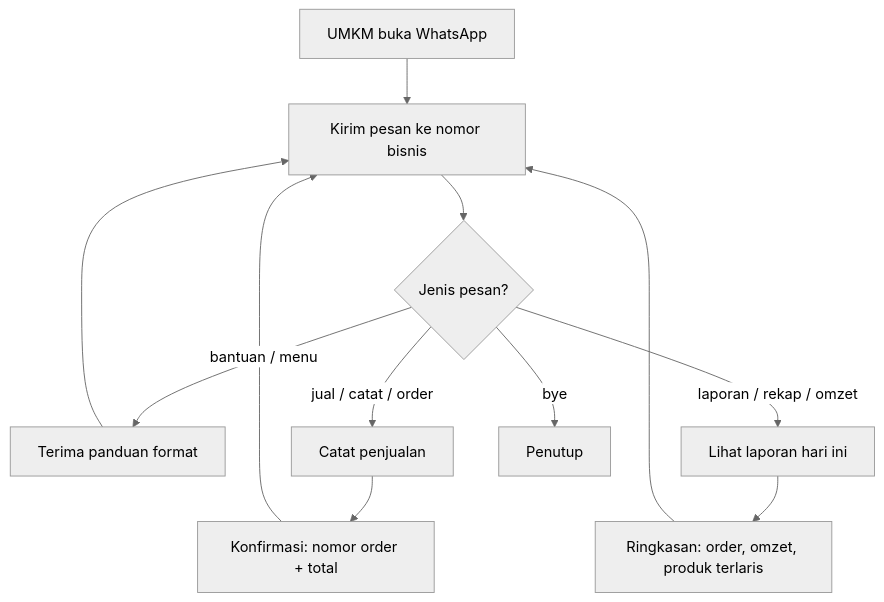
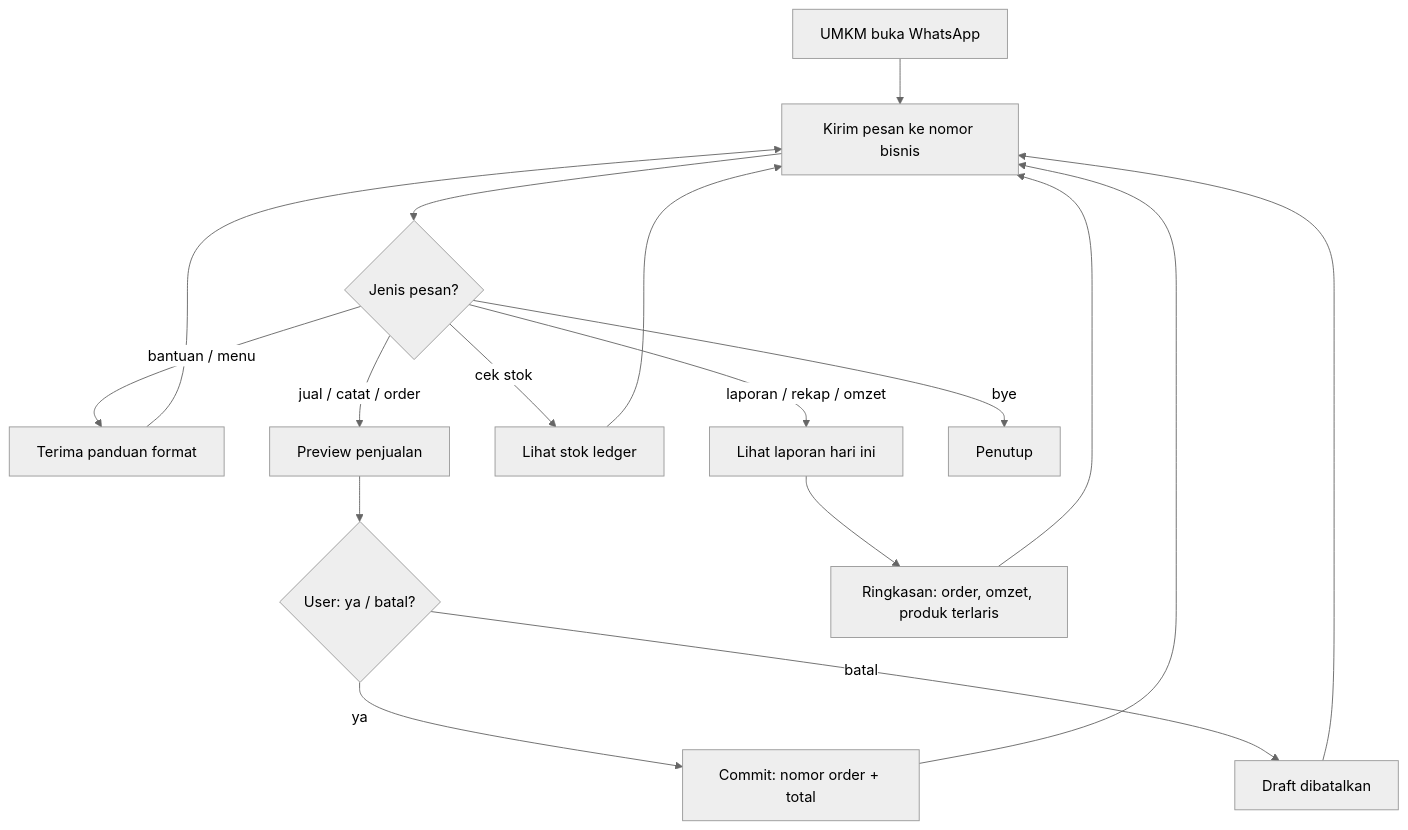
The first of 10 diagrams in middleware/STUDIO_UMKM_FLOW.md (nusantarasoft/juragan-aibuilder-cup), drawn with Mermaid (neutral theme) before and after one commit. The commit also changed other lines of this file and 26 other files, not shown here.

First line of the commit message:
feat: enhance UMKM sales assistant with preview and confirmation flow

````diff
--- a/middleware/STUDIO_UMKM_FLOW.md
+++ b/middleware/STUDIO_UMKM_FLOW.md
@@ -26,18 +26,23 @@
 ```mermaid
 flowchart TD
     U[UMKM buka WhatsApp]
     U --> M1[Kirim pesan ke nomor bisnis]
     M1 --> W{Jenis pesan?}
 
     W -->|bantuan / menu| H[Terima panduan format]
-    W -->|jual / catat / order| R[Catat penjualan]
+    W -->|jual / catat / order| R[Preview penjualan]
+    W -->|cek stok| S[Lihat stok ledger]
     W -->|laporan / rekap / omzet| L[Lihat laporan hari ini]
     W -->|bye| X[Penutup]
 
-    R --> RC[Konfirmasi: nomor order + total]
+    R --> P{User: ya / batal?}
+    P -->|ya| RC[Commit: nomor order + total]
+    P -->|batal| CX[Draft dibatalkan]
     L --> LR[Ringkasan: order, omzet, produk terlaris]
 
     H --> M1
+    S --> M1
     RC --> M1
+    CX --> M1
     LR --> M1
 ```
````
